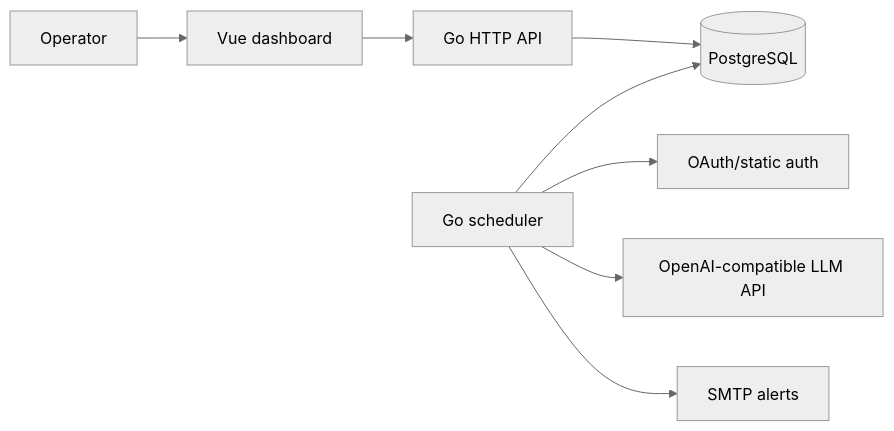
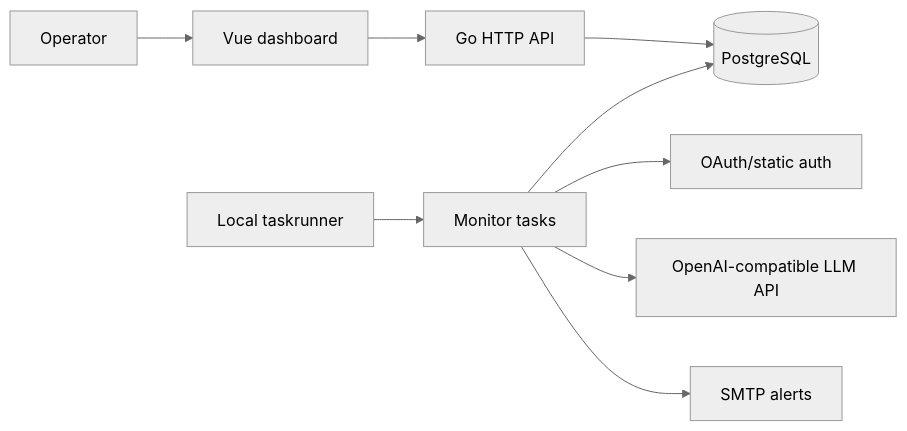
One commit to thomas-illiet/llm-monitor changed the diagram in docs/architecture.md. Above: the diagram before and after it, drawn with Mermaid (neutral theme). The commit also changed other lines of this file and 42 other files, not shown here.

````diff
--- a/docs/architecture.md
+++ b/docs/architecture.md
@@ -9,10 +9,11 @@
 ```mermaid
 flowchart LR
   Operator["Operator"] --> UI["Vue dashboard"]
   UI --> API["Go HTTP API"]
   API --> DB[("PostgreSQL")]
-  Scheduler["Go scheduler"] --> Auth["OAuth/static auth"]
-  Scheduler --> LLM["OpenAI-compatible LLM API"]
-  Scheduler --> DB
-  Scheduler --> SMTP["SMTP alerts"]
+  Runner["Local taskrunner"] --> Tasks["Monitor tasks"]
+  Tasks --> Auth["OAuth/static auth"]
+  Tasks --> LLM["OpenAI-compatible LLM API"]
+  Tasks --> DB
+  Tasks --> SMTP["SMTP alerts"]
 ```
````
